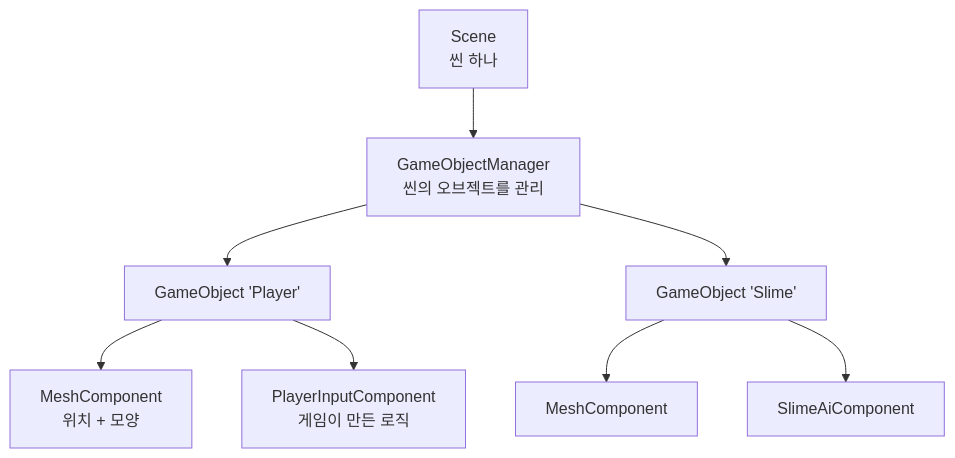
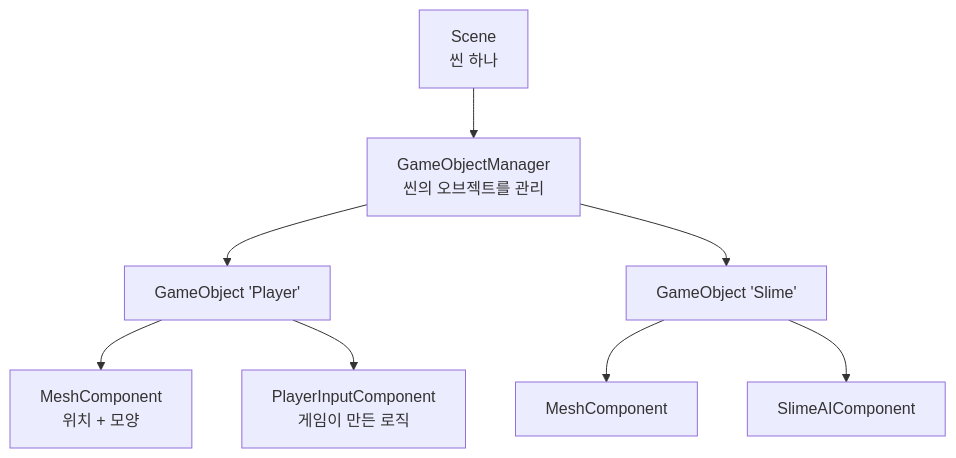
The first of 2 diagrams in Source/Engine/Object/README.md (sswgame/LearningTemplate), drawn with Mermaid before and after one commit. The commit also changed 94 other files, not shown here.

````diff
--- a/Source/Engine/Object/README.md
+++ b/Source/Engine/Object/README.md
@@ -17,10 +17,10 @@
 ```mermaid
 flowchart TD
   Scene["Scene<br/>씬 하나"] --> Manager["GameObjectManager<br/>씬의 오브젝트를 관리"]
   Manager --> Player["GameObject 'Player'"]
   Manager --> Enemy["GameObject 'Slime'"]
   Player --> P1["MeshComponent<br/>위치 + 모양"]
   Player --> P2["PlayerInputComponent<br/>게임이 만든 로직"]
   Enemy --> E1["MeshComponent"]
-  Enemy --> E2["SlimeAiComponent"]
+  Enemy --> E2["SlimeAIComponent"]
 ```
````
